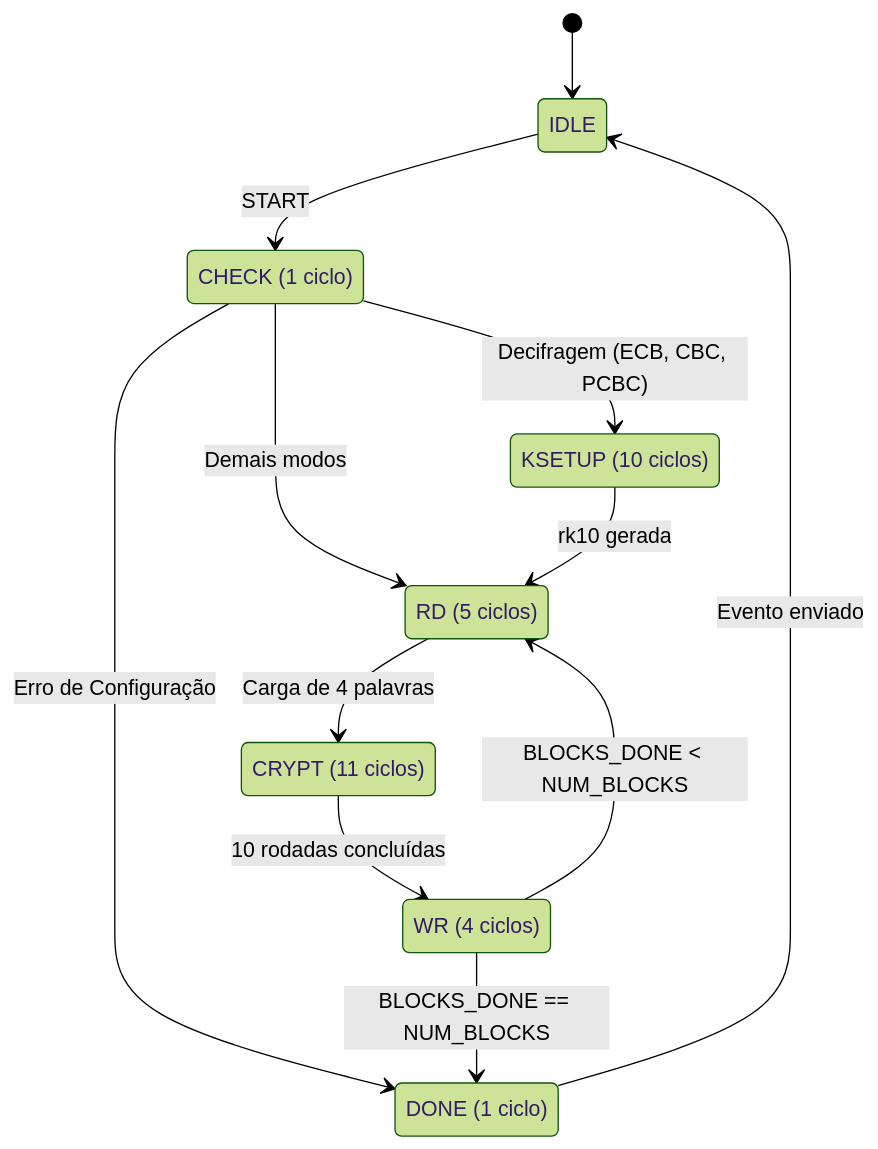
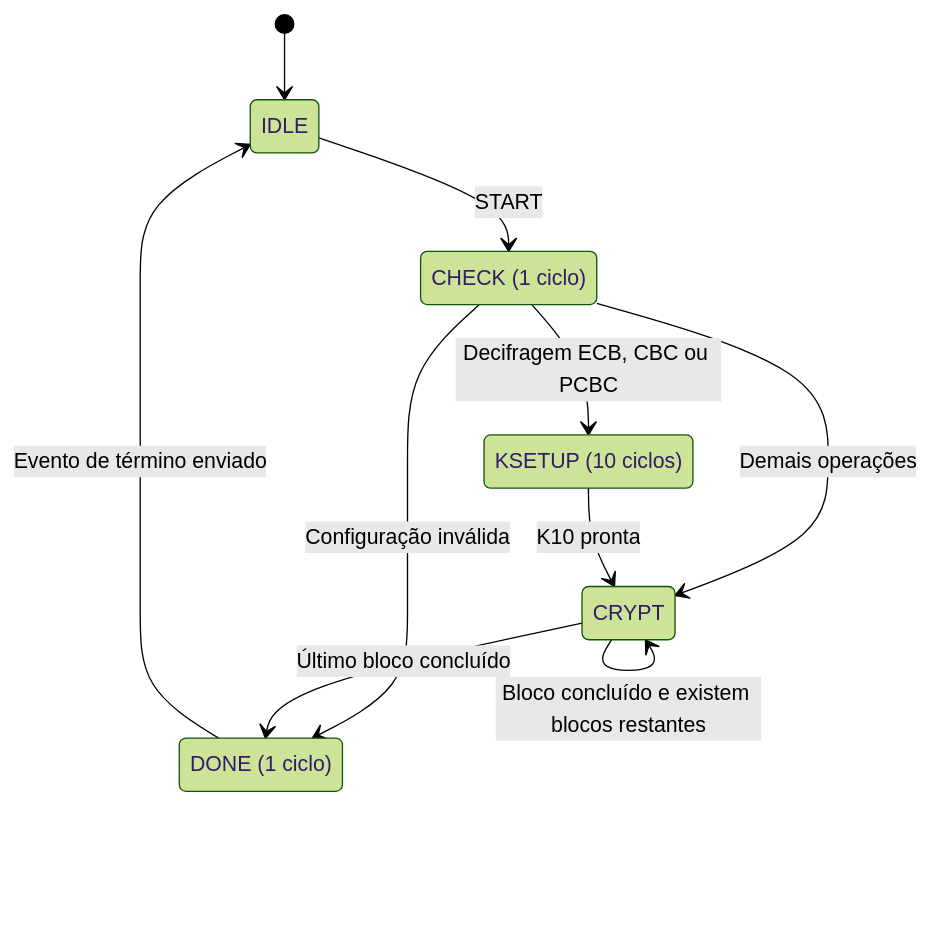
Before and after one commit to ubajjara/AES-spi-hands-on: the second of 2 diagrams in docs/architecture/microArquitetura_v1.0.md, drawn with Mermaid (forest theme). The commit also changed other lines of this file, not shown here.

````diff
--- a/docs/architecture/microArquitetura_v1.0.md
+++ b/docs/architecture/microArquitetura_v1.0.md
@@ -101,23 +102,24 @@
 ```mermaid
 stateDiagram-v2
   direction TB
   [*] --> IDLE
+
   IDLE: IDLE
   CHECK: CHECK (1 ciclo)
   KSETUP: KSETUP (10 ciclos)
-  RD: RD (5 ciclos)
-  CRYPT: CRYPT (11 ciclos)
-  WR: WR (4 ciclos)
+  CRYPT: CRYPT
   DONE: DONE (1 ciclo)
-  
+
   IDLE --> CHECK: START
-  CHECK --> DONE: Erro de Configuração
-  CHECK --> KSETUP: Decifragem (ECB, CBC, PCBC)
-  CHECK --> RD: Demais modos
-  KSETUP --> RD: rk10 gerada
-  RD --> CRYPT: Carga de 4 palavras
-  CRYPT --> WR: 10 rodadas concluídas
-  WR --> RD: BLOCKS_DONE < NUM_BLOCKS
-  WR --> DONE: BLOCKS_DONE == NUM_BLOCKS
-  DONE --> IDLE: Evento enviado
+
+  CHECK --> DONE: Configuração inválida
+  CHECK --> KSETUP: Decifragem ECB, CBC ou PCBC
+  CHECK --> CRYPT: Demais operações
+
+  KSETUP --> CRYPT: K10 pronta
+
+  CRYPT --> CRYPT: Bloco concluído e existem blocos restantes
+  CRYPT --> DONE: Último bloco concluído
+
+  DONE --> IDLE: Evento de término enviado
 ```
````
